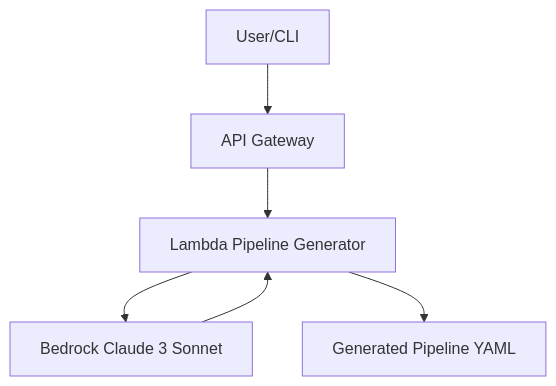
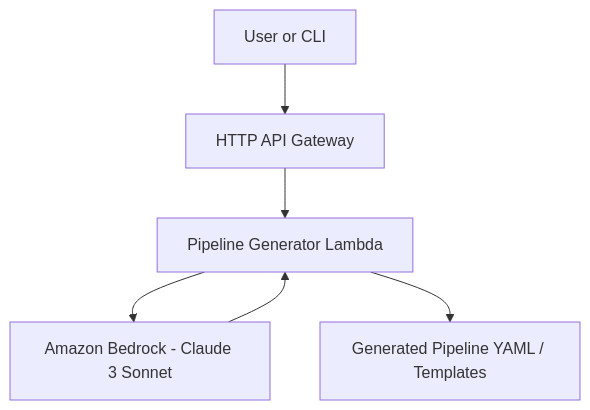
One commit to essiea/ai-cicd-pipeline-generator changed the diagram in docs/architecture.mmd. Above: the diagram before and after it, drawn with Mermaid.

Commit message:
Add project docs/architecture.mmd

```diff
--- a/docs/architecture.mmd
+++ b/docs/architecture.mmd
@@ -1,6 +1,12 @@
 flowchart TD
-    U[User/CLI] --> API[API Gateway]
-    API --> L[Lambda Pipeline Generator]
-    L --> B[Bedrock Claude 3 Sonnet]
+    U["User or CLI"]
+    API["HTTP API Gateway"]
+    L["Pipeline Generator Lambda"]
+    B["Amazon Bedrock - Claude 3 Sonnet"]
+    OUT["Generated Pipeline YAML / Templates"]
+
+    U --> API
+    API --> L
+    L --> B
     B --> L
-    L --> OUT[Generated Pipeline YAML]
+    L --> OUT
```
